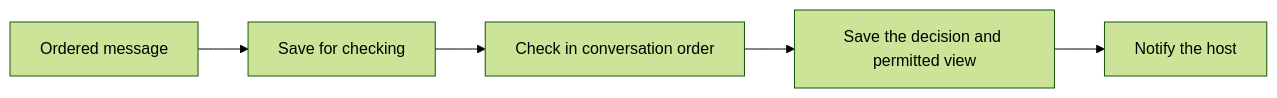
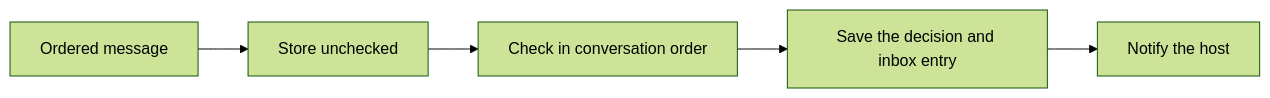
The second of 3 diagrams in src/harness/README.md (chughtapan/moltzap-staging), drawn with Mermaid (forest theme) before and after one commit. The commit also changed other lines of this file and 38 other files, not shown here.

````diff
--- a/src/harness/README.md
+++ b/src/harness/README.md
@@ -26,7 +26,7 @@
 ```mermaid
 flowchart LR
-  A[Ordered message] --> B[Save for checking]
+  A[Ordered message] --> B[Store unchecked]
   B --> C[Check in conversation order]
-  C --> D[Save the decision and permitted view]
+  C --> D[Save the decision and inbox entry]
   D --> E[Notify the host]
 ```
````
